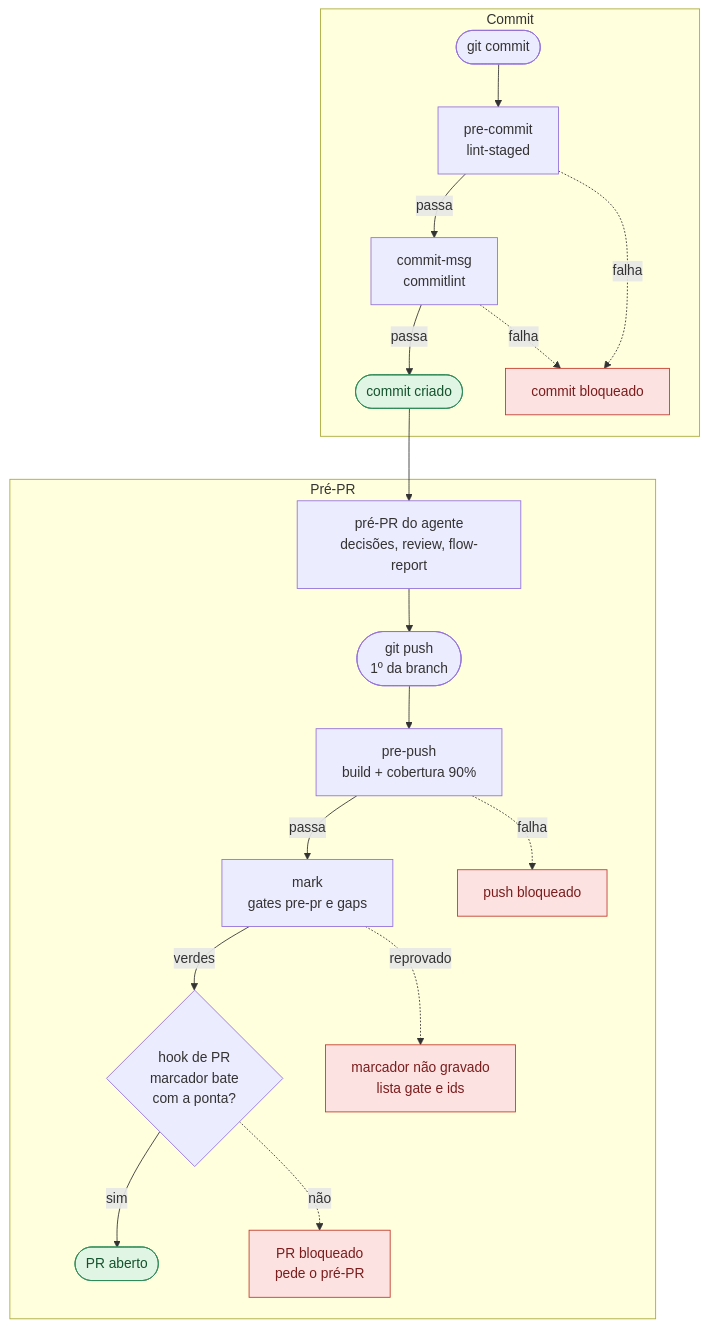
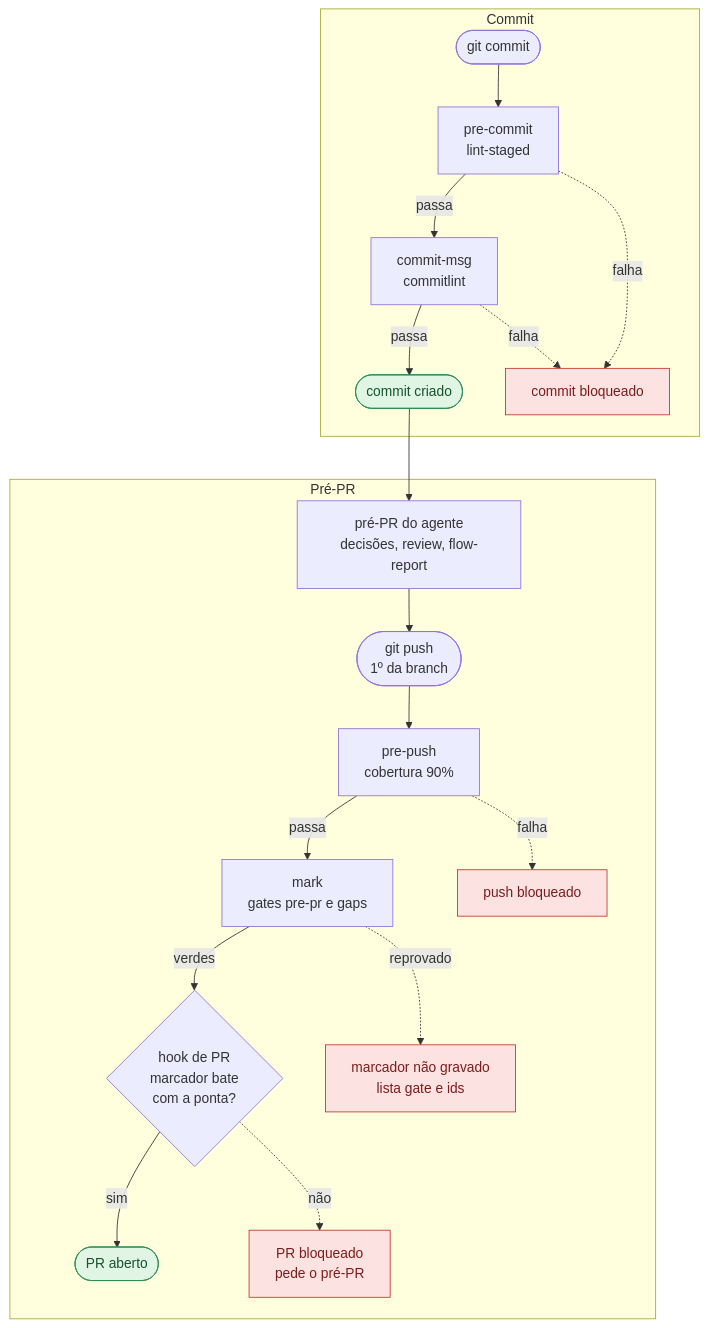
One commit to gabrielh-silvestre/hexlog changed the diagram in docs/feedback-loops.md. Above: the diagram before and after it, drawn with Mermaid. The commit also changed other lines of this file and 4 other files, not shown here.

Commit message:
ci: drop build from pre-push and record the auto-merge risk

````diff
--- a/docs/feedback-loops.md
+++ b/docs/feedback-loops.md
@@ -7,28 +7,28 @@
 ```mermaid
 flowchart TB
     subgraph COMMIT["Commit"]
         A(["git commit"]) --> B["pre-commit<br/>lint-staged"]
         B -->|passa| C["commit-msg<br/>commitlint"]
         C -->|passa| D(["commit criado"])
         B -.->|falha| X1["commit bloqueado"]
         C -.->|falha| X1
     end
 
     subgraph PREPR["Pré-PR"]
         G["pré-PR do agente<br/>decisões, review, flow-report"] --> E(["git push<br/>1º da branch"])
-        E --> F["pre-push<br/>build + cobertura 90%"]
+        E --> F["pre-push<br/>cobertura 90%"]
         F -->|passa| H["mark<br/>gates pre-pr e gaps"]
         H -->|verdes| I{"hook de PR<br/>marcador bate<br/>com a ponta?"}
         I -->|sim| K(["PR aberto"])
         F -.->|falha| X2["push bloqueado"]
         H -.->|reprovado| X3["marcador não gravado<br/>lista gate e ids"]
         I -.->|não| X4["PR bloqueado<br/>pede o pré-PR"]
     end
 
     D --> G
 
     classDef block fill:#fde2e2,stroke:#c0392b,color:#7b1d1d
     classDef ok fill:#e0f5e4,stroke:#2e8b57,color:#14532d
     class X1,X2,X3,X4 block
     class D,K ok
 ```
````
